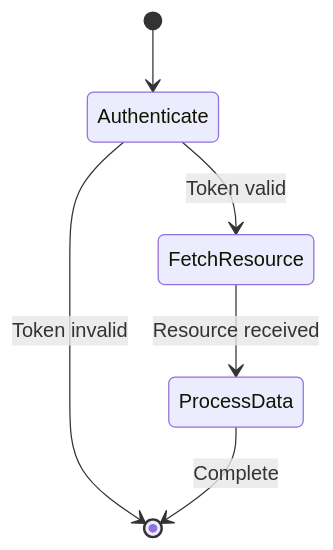
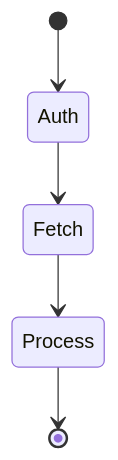
The fourth of 5 diagrams in examples/api_pipeline/13_authentication/README.md (wisrovi/wpipe), drawn with Mermaid before and after one commit. The commit also changed other lines of this file and 20 other files, not shown here.

First line of the commit message:
Simplify Mermaid diagrams for better rendering

````diff
--- a/examples/api_pipeline/13_authentication/README.md
+++ b/examples/api_pipeline/13_authentication/README.md
@@ -63,8 +55,7 @@
 ```mermaid
 stateDiagram-v2
-    [*] --> Authenticate
-    Authenticate --> FetchResource: Token valid
-    Authenticate --> [*]: Token invalid
-    FetchResource --> ProcessData: Resource received
-    ProcessData --> [*]: Complete
+    [*] --> Auth
+    Auth --> Fetch
+    Fetch --> Process
+    Process --> [*]
 ```
````
